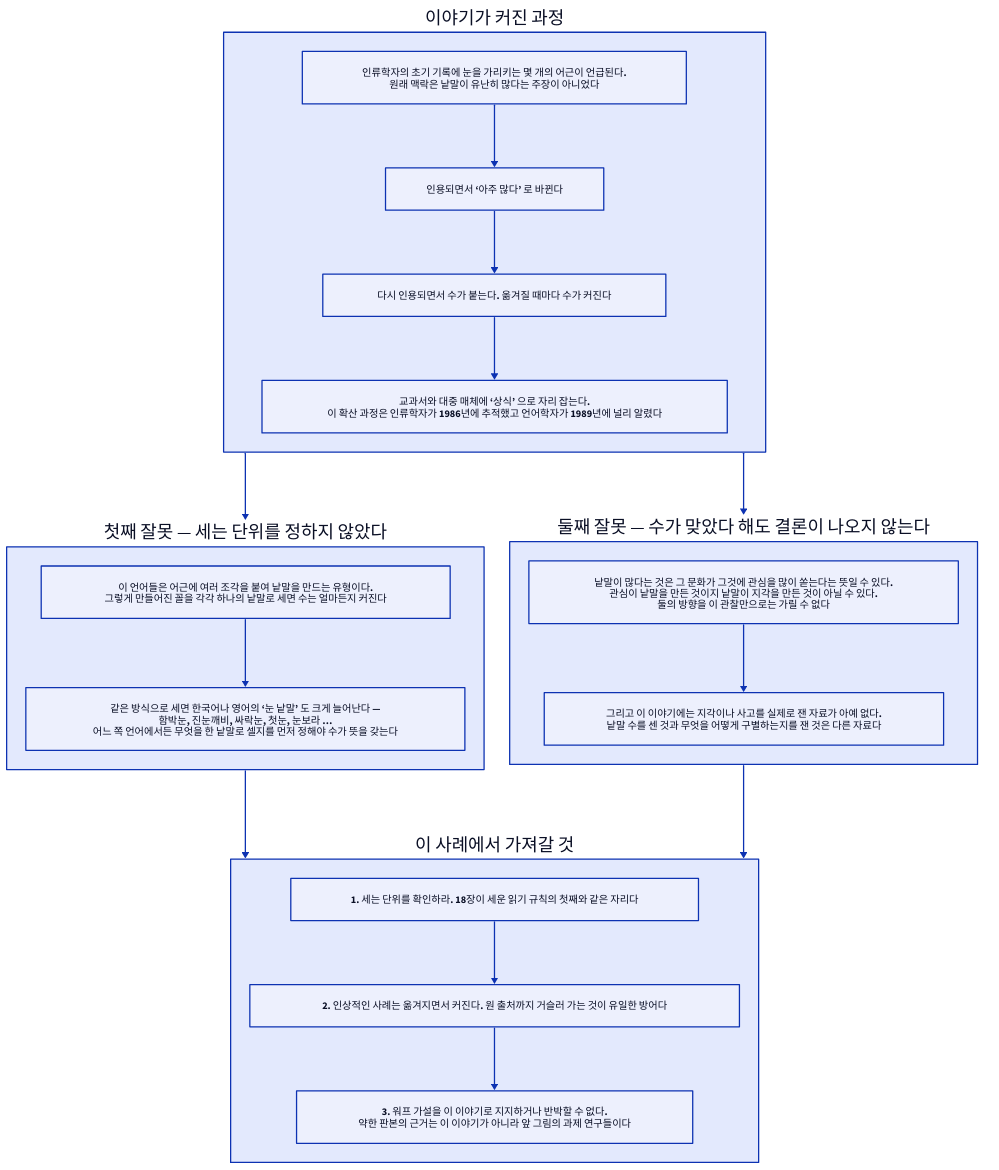
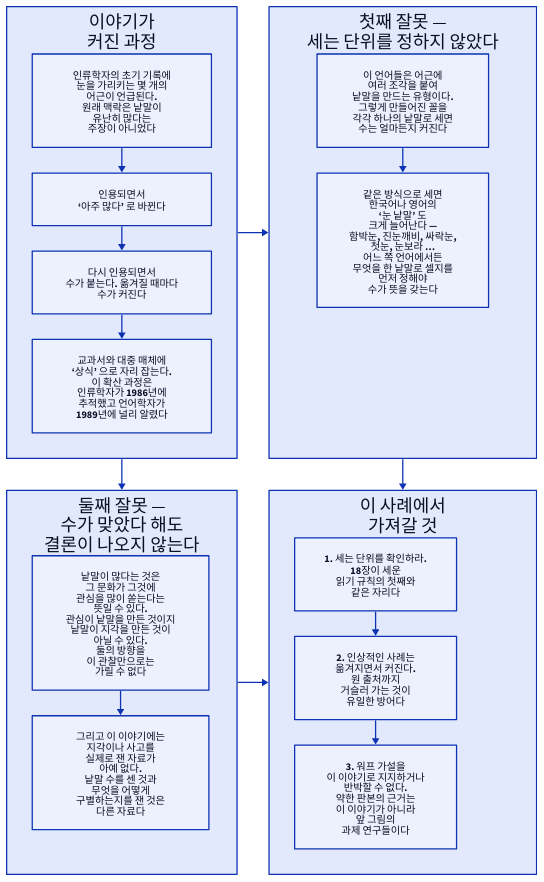
One commit to Dong-gi/Dong-gi.github.io changed the diagram in d2/psychology/psy-g-snow.d2. Above: the diagram before and after it, drawn with D2. The commit also changed 315 other files, not shown here.

```diff
--- a/d2/psychology/psy-g-snow.d2
+++ b/d2/psychology/psy-g-snow.d2
@@ -1,45 +1,54 @@
 # 눈을 가리키는 낱말 이야기 — 잘못 퍼진 사례. 심리학 11장.
 #
 # 무엇을 읽어야 하나: 이야기가 옮겨지는 동안 수가 커졌다는 것, 그리고 수가
 # 정확했더라도 결론이 따라 나오지 않는다는 것. 두 가지가 따로 잘못되었다.
-direction: down
+#
+# 배치(2026-11 폭과 높이를 줄이려 위아래 사슬에서 2칸 × 2줄 격자로 바꿨다): 첫 줄은 퍼진 과정 · 첫째 잘못,
+# 둘째 줄은 둘째 잘못 · 가져갈 것. 화살표가 격자 바깥 둘레만 돌아 서로 엇갈리지 않는다.
+grid-rows: 2
+grid-columns: 2
+grid-gap: 50
 
 퍼짐: {
-  label: "이야기가 커진 과정"
-  direction: down
-  a1: { label: "인류학자의 초기 기록에 눈을 가리키는 몇 개의 어근이 언급된다.\n원래 맥락은 낱말이 유난히 많다는 주장이 아니었다" }
-  a2: { label: "인용되면서 ‘아주 많다’ 로 바뀐다" }
-  a3: { label: "다시 인용되면서 수가 붙는다. 옮겨질 때마다 수가 커진다"; style.bold: true }
-  a4: { label: "교과서와 대중 매체에 ‘상식’ 으로 자리 잡는다.\n이 확산 과정은 인류학자가 1986년에 추적했고 언어학자가 1989년에 널리 알렸다"; style.bold: true }
+  label: "이야기가\n커진 과정"
+  grid-columns: 1
+  grid-gap: 40
+  a1: { label: "인류학자의 초기 기록에\n눈을 가리키는 몇 개의\n어근이 언급된다.\n원래 맥락은 낱말이\n유난히 많다는\n주장이 아니었다" }
+  a2: { label: "인용되면서\n‘아주 많다’ 로 바뀐다" }
+  a3: { label: "다시 인용되면서\n수가 붙는다. 옮겨질 때마다\n수가 커진다"; style.bold: true }
+  a4: { label: "교과서와 대중 매체에\n‘상식’ 으로 자리 잡는다.\n이 확산 과정은\n인류학자가 1986년에\n추적했고 언어학자가\n1989년에 널리 알렸다"; style.bold: true }
   a1 -> a2 -> a3 -> a4
 }
 
 잘못1: {
-  label: "첫째 잘못 — 세는 단위를 정하지 않았다"
-  direction: down
-  b1: { label: "이 언어들은 어근에 여러 조각을 붙여 낱말을 만드는 유형이다.\n그렇게 만들어진 꼴을 각각 하나의 낱말로 세면 수는 얼마든지 커진다"; style.bold: true }
-  b2: { label: "같은 방식으로 세면 한국어나 영어의 ‘눈 낱말’ 도 크게 늘어난다 —\n함박눈, 진눈깨비, 싸락눈, 첫눈, 눈보라 …\n어느 쪽 언어에서든 무엇을 한 낱말로 셀지를 먼저 정해야 수가 뜻을 갖는다"; style.bold: true }
+  label: "첫째 잘못 —\n세는 단위를 정하지 않았다"
+  grid-columns: 1
+  grid-gap: 40
+  b1: { label: "이 언어들은 어근에\n여러 조각을 붙여\n낱말을 만드는 유형이다.\n그렇게 만들어진 꼴을\n각각 하나의 낱말로 세면\n수는 얼마든지 커진다"; style.bold: true }
+  b2: { label: "같은 방식으로 세면\n한국어나 영어의\n‘눈 낱말’ 도\n크게 늘어난다 —\n함박눈, 진눈깨비, 싸락눈,\n첫눈, 눈보라 …\n어느 쪽 언어에서든\n무엇을 한 낱말로 셀지를\n먼저 정해야\n수가 뜻을 갖는다"; style.bold: true }
   b1 -> b2
 }
 
 잘못2: {
-  label: "둘째 잘못 — 수가 맞았다 해도 결론이 나오지 않는다"
-  direction: down
-  c1: { label: "낱말이 많다는 것은 그 문화가 그것에 관심을 많이 쏟는다는 뜻일 수 있다.\n관심이 낱말을 만든 것이지 낱말이 지각을 만든 것이 아닐 수 있다.\n둘의 방향을 이 관찰만으로는 가릴 수 없다"; style.bold: true }
-  c2: { label: "그리고 이 이야기에는 지각이나 사고를 실제로 잰 자료가 아예 없다.\n낱말 수를 센 것과 무엇을 어떻게 구별하는지를 잰 것은 다른 자료다"; style.bold: true }
+  label: "둘째 잘못 —\n수가 맞았다 해도\n결론이 나오지 않는다"
+  grid-columns: 1
+  grid-gap: 40
+  c1: { label: "낱말이 많다는 것은\n그 문화가 그것에\n관심을 많이 쏟는다는\n뜻일 수 있다.\n관심이 낱말을 만든 것이지\n낱말이 지각을 만든 것이\n아닐 수 있다.\n둘의 방향을\n이 관찰만으로는\n가릴 수 없다"; style.bold: true }
+  c2: { label: "그리고 이 이야기에는\n지각이나 사고를\n실제로 잰 자료가\n아예 없다.\n낱말 수를 센 것과\n무엇을 어떻게\n구별하는지를 잰 것은\n다른 자료다"; style.bold: true }
   c1 -> c2
 }
 
 퍼짐 -> 잘못1
 퍼짐 -> 잘못2
 
 교훈: {
-  label: "이 사례에서 가져갈 것"
-  direction: down
-  d1: { label: "1. 세는 단위를 확인하라. 18장이 세운 읽기 규칙의 첫째와 같은 자리다"; style.bold: true }
-  d2: { label: "2. 인상적인 사례는 옮겨지면서 커진다. 원 출처까지 거슬러 가는 것이 유일한 방어다" }
-  d3: { label: "3. 워프 가설을 이 이야기로 지지하거나 반박할 수 없다.\n약한 판본의 근거는 이 이야기가 아니라 앞 그림의 과제 연구들이다"; style.bold: true }
+  label: "이 사례에서\n가져갈 것"
+  grid-columns: 1
+  grid-gap: 40
+  d1: { label: "1. 세는 단위를 확인하라.\n18장이 세운\n읽기 규칙의 첫째와\n같은 자리다"; style.bold: true }
+  d2: { label: "2. 인상적인 사례는\n옮겨지면서 커진다.\n원 출처까지\n거슬러 가는 것이\n유일한 방어다" }
+  d3: { label: "3. 워프 가설을\n이 이야기로 지지하거나\n반박할 수 없다.\n약한 판본의 근거는\n이 이야기가 아니라\n앞 그림의\n과제 연구들이다"; style.bold: true }
   d1 -> d2 -> d3
 }
 잘못1 -> 교훈
 잘못2 -> 교훈
```
